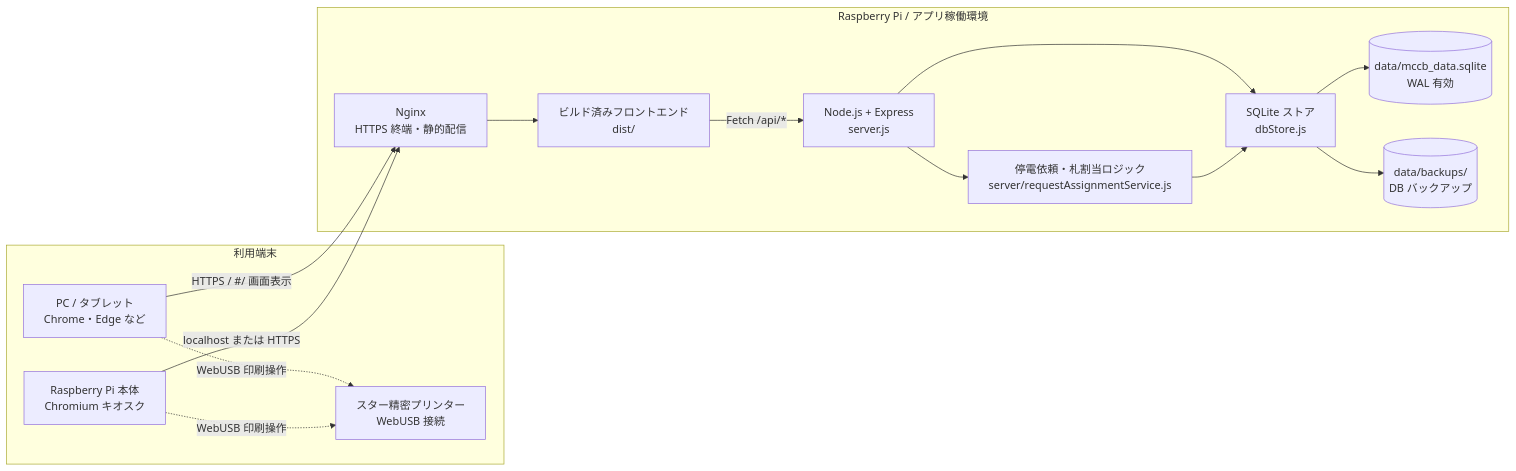
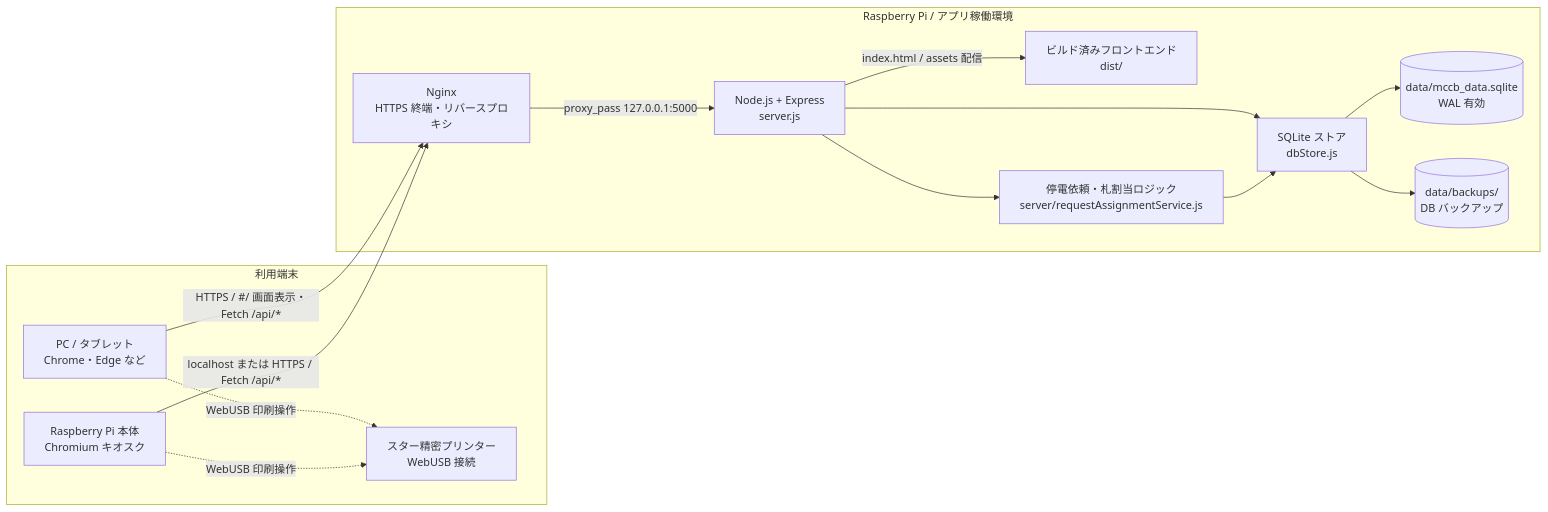
One commit to nas105397-ux/mccb-manager changed the first of 6 diagrams in docs/system-architecture.md. Above: the diagram before and after it, drawn with Mermaid. The commit also changed other lines of this file and 1 other file, not shown here.

Commit message:
ハードウェア構成図とシステム構成図の更新: 構成の明確化と接続パターンの整理

````diff
--- a/docs/system-architecture.md
+++ b/docs/system-architecture.md
@@ -7,30 +7,30 @@
 ```mermaid
 flowchart LR
   subgraph Clients[利用端末]
     Kiosk[Raspberry Pi 本体\nChromium キオスク]
     Browser[PC / タブレット\nChrome・Edge など]
     Printer[スター精密プリンター\nWebUSB 接続]
   end
 
   subgraph RaspberryPi[Raspberry Pi / アプリ稼働環境]
-    Nginx[Nginx\nHTTPS 終端・静的配信]
+    Nginx[Nginx\nHTTPS 終端・リバースプロキシ]
+    Api[Node.js + Express\nserver.js]
     Static[ビルド済みフロントエンド\ndist/]
-    Api[Node.js + Express\nserver.js]
     Service[停電依頼・札割当ロジック\nserver/requestAssignmentService.js]
     Store[SQLite ストア\ndbStore.js]
     Db[(data/mccb_data.sqlite\nWAL 有効)]
     Backups[(data/backups/\nDB バックアップ)]
   end
 
-  Browser -->|HTTPS / #/ 画面表示| Nginx
-  Kiosk -->|localhost または HTTPS| Nginx
-  Nginx --> Static
-  Static -->|Fetch /api/*| Api
+  Browser -->|HTTPS / #/ 画面表示・Fetch /api/*| Nginx
+  Kiosk -->|localhost または HTTPS / Fetch /api/*| Nginx
+  Nginx -->|proxy_pass 127.0.0.1:5000| Api
+  Api -->|index.html / assets 配信| Static
   Api --> Service
   Api --> Store
   Service --> Store
   Store --> Db
   Store --> Backups
   Browser -.->|WebUSB 印刷操作| Printer
   Kiosk -.->|WebUSB 印刷操作| Printer
 ```
````
